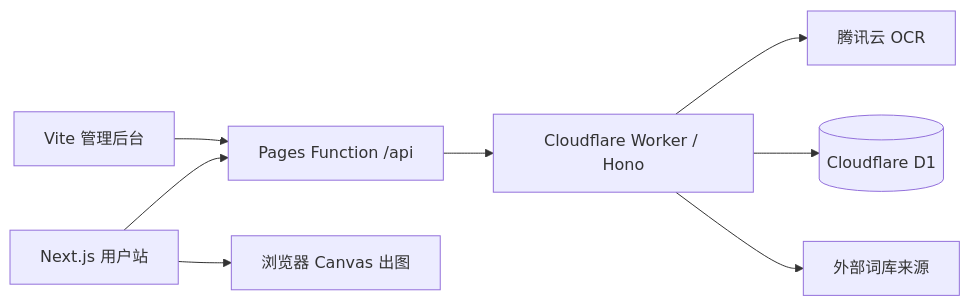
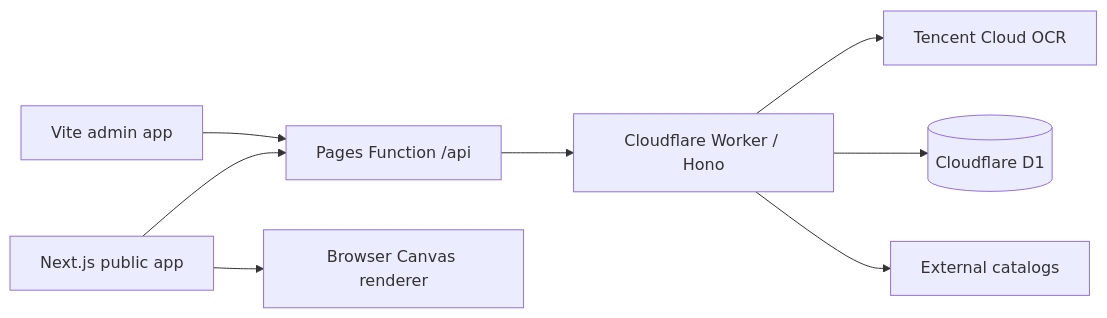
Before and after one commit to DavidXie03/homophone-meme: the diagram in README.md, drawn with Mermaid. The commit also changed other lines of this file and 4 other files, not shown here.

````diff
--- a/README.md
+++ b/README.md
@@ -15,10 +15,10 @@
 ```mermaid
 flowchart LR
-  Web[Next.js 用户站] --> Proxy[Pages Function /api]
-  Admin[Vite 管理后台] --> Proxy
+  Web[Next.js public app] --> Proxy[Pages Function /api]
+  Admin[Vite admin app] --> Proxy
   Proxy --> API[Cloudflare Worker / Hono]
-  API --> OCR[腾讯云 OCR]
+  API --> OCR[Tencent Cloud OCR]
   API --> D1[(Cloudflare D1)]
-  API --> Sources[外部词库来源]
-  Web --> Canvas[浏览器 Canvas 出图]
+  API --> Sources[External catalogs]
+  Web --> Canvas[Browser Canvas renderer]
 ```
````
